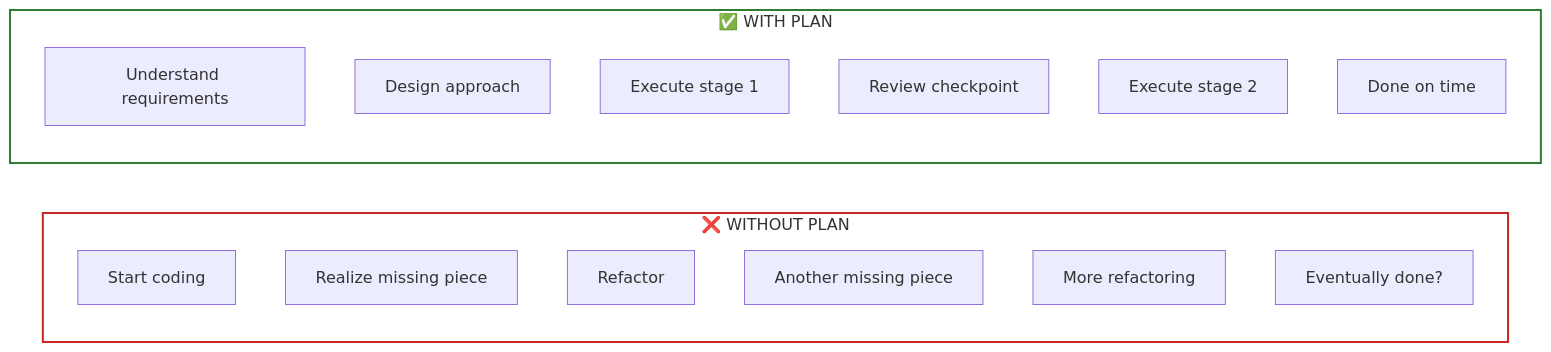
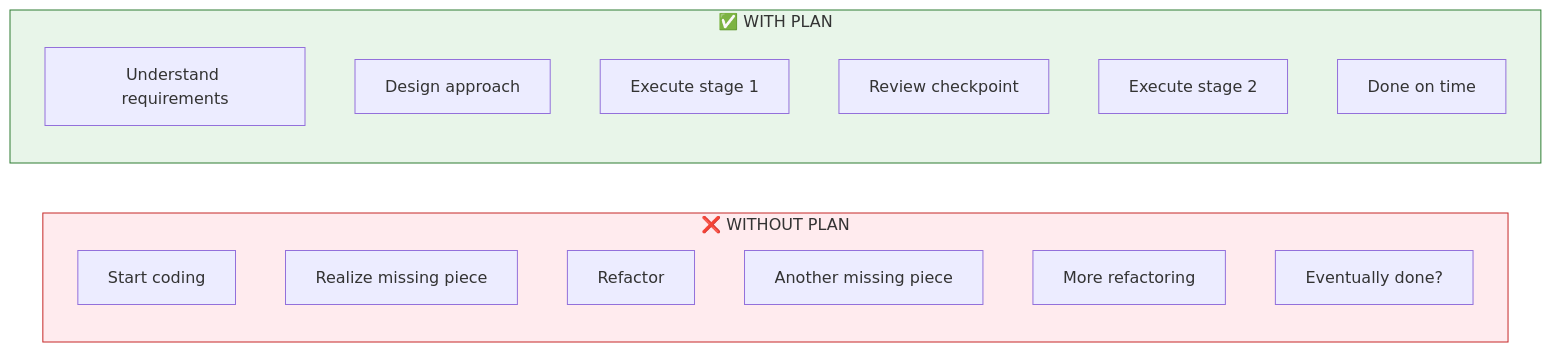
One commit to lbijeau/codex-training changed the first of 4 diagrams in docs/modules/06-planning.md. Above: the diagram before and after it, drawn with Mermaid.

Commit message:
style: test transparent cluster-label background

````diff
--- a/docs/modules/06-planning.md
+++ b/docs/modules/06-planning.md
@@ -23,23 +23,24 @@
 ```mermaid
+%%{init:{'themeCSS':'.cluster-label { background: none !important; }'}}%%
 flowchart LR
     subgraph no_plan["❌ WITHOUT PLAN"]
         N1["Start coding"]
         N2["Realize missing piece"]
         N3["Refactor"]
         N4["Another missing piece"]
         N5["More refactoring"]
         N6["Eventually done?"]
     end
 
     subgraph with_plan["✅ WITH PLAN"]
         P1["Understand requirements"]
         P2["Design approach"]
         P3["Execute stage 1"]
         P4["Review checkpoint"]
         P5["Execute stage 2"]
         P6["Done on time"]
     end
 
-    style no_plan fill:none,stroke:#c62828,stroke-width:2px
-    style with_plan fill:none,stroke:#2e7d32,stroke-width:2px
+    style no_plan fill:#ffebee,stroke:#c62828
+    style with_plan fill:#e8f5e9,stroke:#2e7d32
 ```
````
